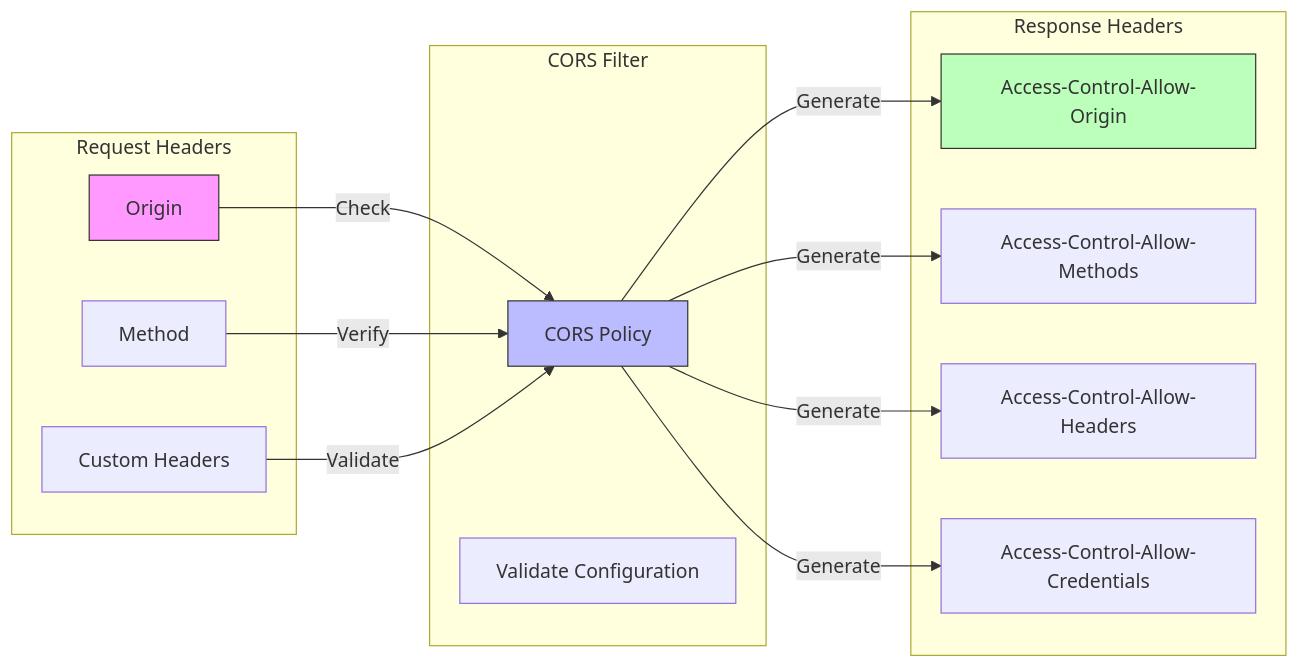
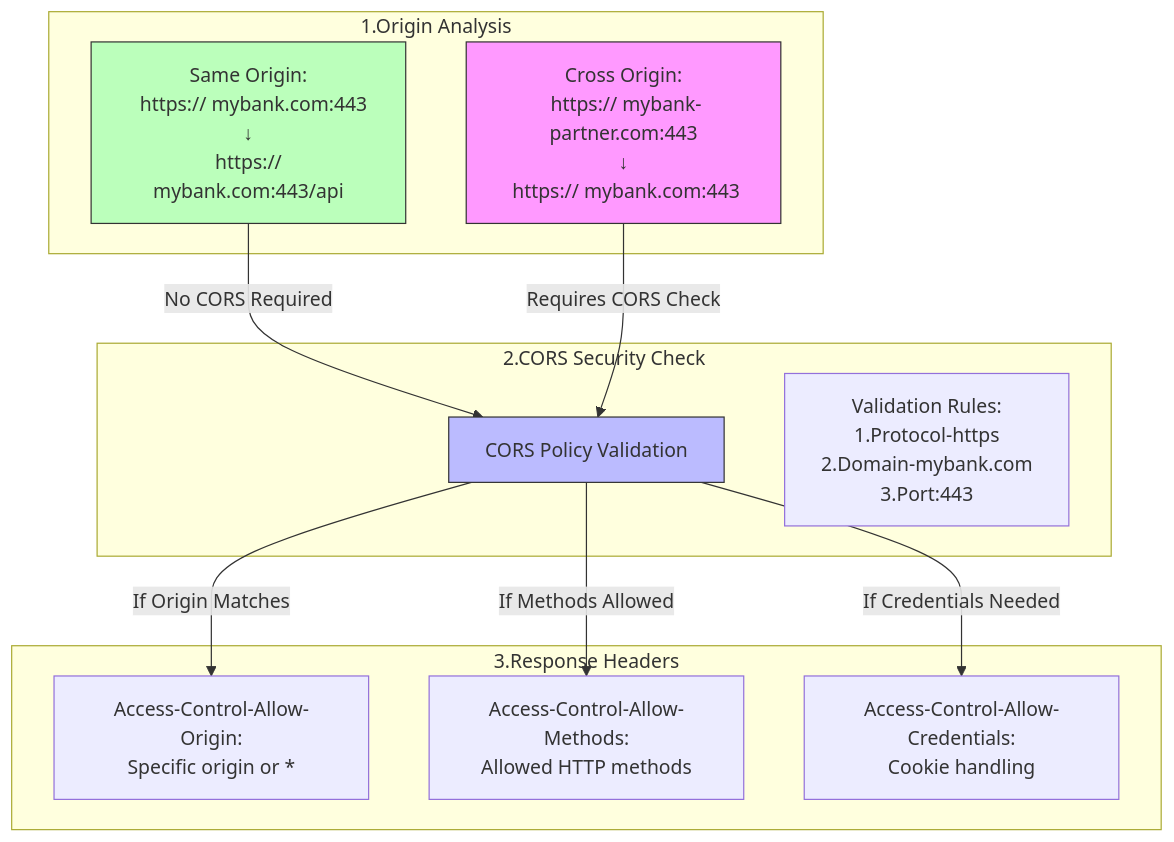
The fifth of 5 diagrams in README.md (sankarpadhy/corf), drawn with Mermaid before and after one commit. The commit also changed other lines of this file and 34 other files, not shown here.

````diff
--- a/README.md
+++ b/README.md
@@ -329,32 +145,28 @@
 ```mermaid
-graph LR
-    subgraph "Request Headers"
-        OH[Origin]
-        MH[Method]
-        CH[Custom Headers]
+graph TB
+    subgraph "1.Origin Analysis"
+        SO[Same Origin:<br/>  https:// mybank.com:443<br/>↓<br/> https:// mybank.com:443/api]
+        CO[Cross Origin:<br/> https:// mybank-partner.com:443<br/>↓<br/> https:// mybank.com:443]
     end
 
-    subgraph "CORS Filter"
-        CP[CORS Policy]
-        VC[Validate Configuration]
+    subgraph "2.CORS Security Check"
+        CP[CORS Policy Validation]
+        VC[Validation Rules:<br/>1.Protocol-https<br/>2.Domain-mybank.com<br/>3.Port:443]
     end
 
-    subgraph "Response Headers"
-        AO[Access-Control-Allow-Origin]
-        AM[Access-Control-Allow-Methods]
-        AH[Access-Control-Allow-Headers]
-        AC[Access-Control-Allow-Credentials]
+    subgraph "3.Response Headers"
+        AO[Access-Control-Allow-Origin:<br/>Specific origin or *]
+        AM[Access-Control-Allow-Methods:<br/>Allowed HTTP methods]
+        AC[Access-Control-Allow-Credentials:<br/>Cookie handling]
     end
 
-    OH -->|Check| CP
-    MH -->|Verify| CP
-    CH -->|Validate| CP
-    CP -->|Generate| AO
-    CP -->|Generate| AM
-    CP -->|Generate| AH
-    CP -->|Generate| AC
+    SO --No CORS Required-->CP
+    CO --Requires CORS Check-->CP
+    CP --If Origin Matches-->AO
+    CP --If Methods Allowed-->AM
+    CP --If Credentials Needed-->AC
 
-    style OH fill:#f9f,stroke:#333
+    style SO fill:#bfb,stroke:#333
+    style CO fill:#f9f,stroke:#333
     style CP fill:#bbf,stroke:#333
-    style AO fill:#bfb,stroke:#333
 ```
````
